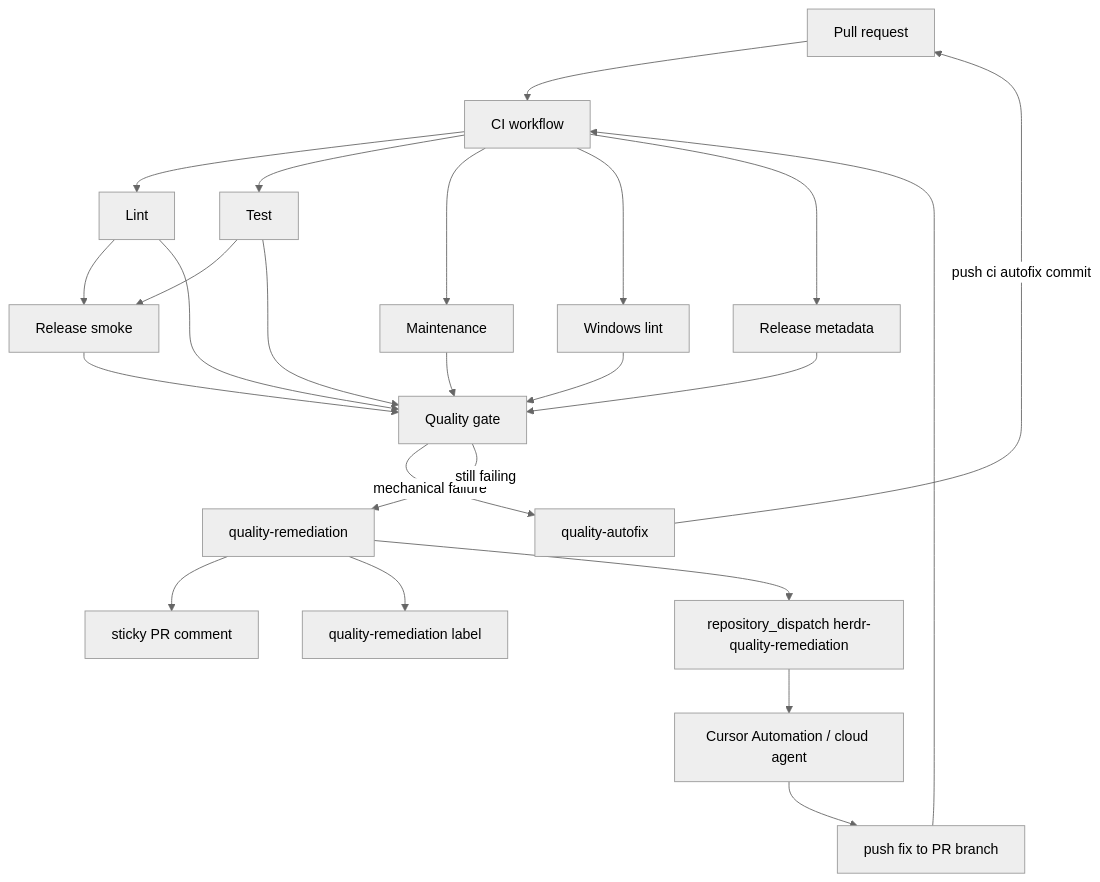
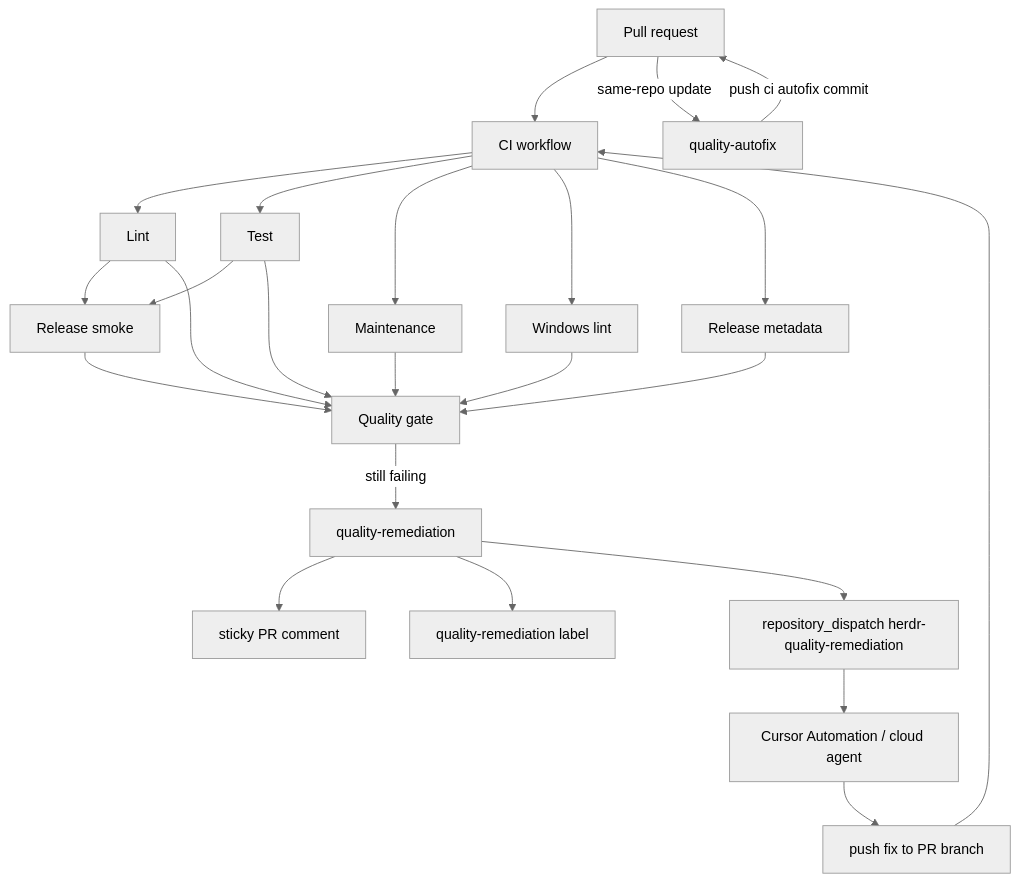
One commit to OnlineChefGroep/herdr changed the diagram in .github/quality-ci.md. Above: the diagram before and after it, drawn with Mermaid (neutral theme). The commit also changed other lines of this file and 1 other file, not shown here.

Commit message:
fix(ci): make quality autofix codeql-safe

````diff
--- a/.github/quality-ci.md
+++ b/.github/quality-ci.md
@@ -7,26 +7,26 @@
 ```mermaid
 flowchart TD
     PR[Pull request] --> CI[CI workflow]
+    PR -->|same-repo update| Autofix[quality-autofix]
     CI --> Lint[Lint]
     CI --> Test[Test]
     CI --> Maint[Maintenance]
     CI --> Win[Windows lint]
     CI --> Meta[Release metadata]
     Lint --> Smoke[Release smoke]
     Test --> Smoke
     Lint --> Gate[Quality gate]
     Test --> Gate
     Maint --> Gate
     Win --> Gate
     Meta --> Gate
     Smoke --> Gate
-    Gate -->|mechanical failure| Autofix[quality-autofix]
     Gate -->|still failing| Remediation[quality-remediation]
     Autofix -->|push ci autofix commit| PR
     Remediation --> Comment[sticky PR comment]
     Remediation --> Label[quality-remediation label]
     Remediation --> Dispatch[repository_dispatch herdr-quality-remediation]
     Dispatch --> Cursor[Cursor Automation / cloud agent]
     Cursor --> Fix[push fix to PR branch]
     Fix --> CI
 ```
````
